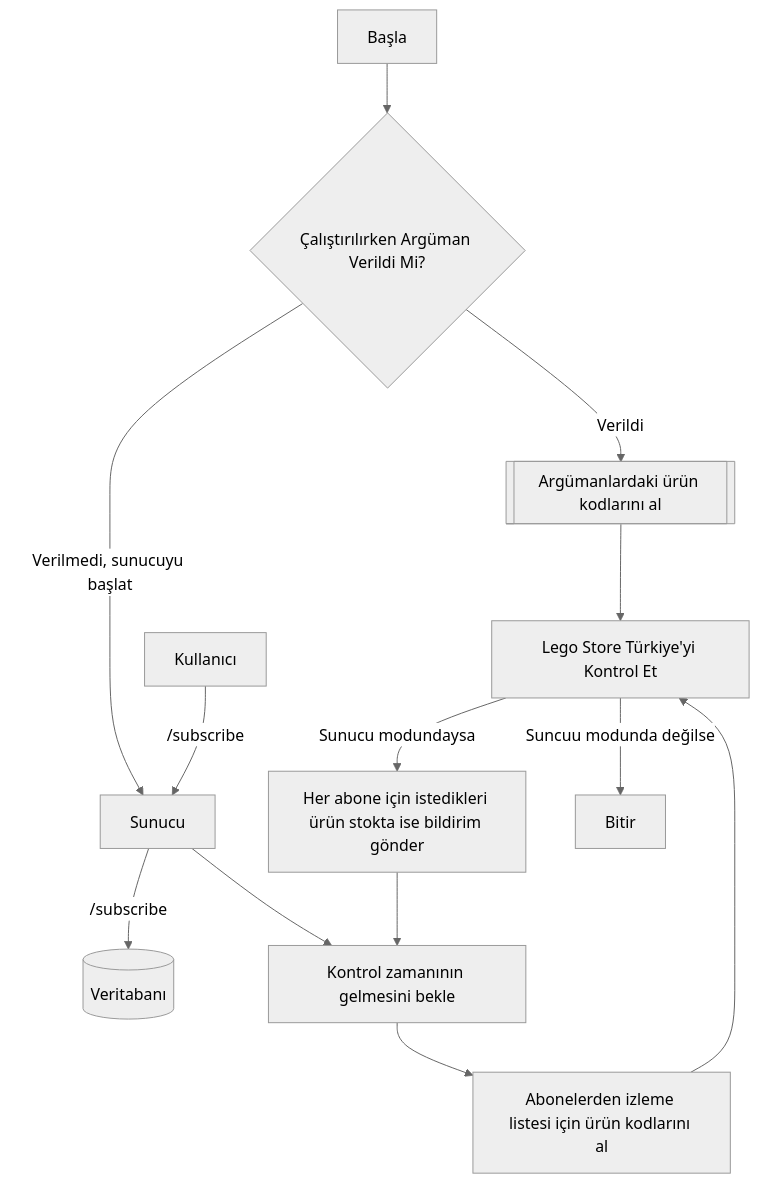
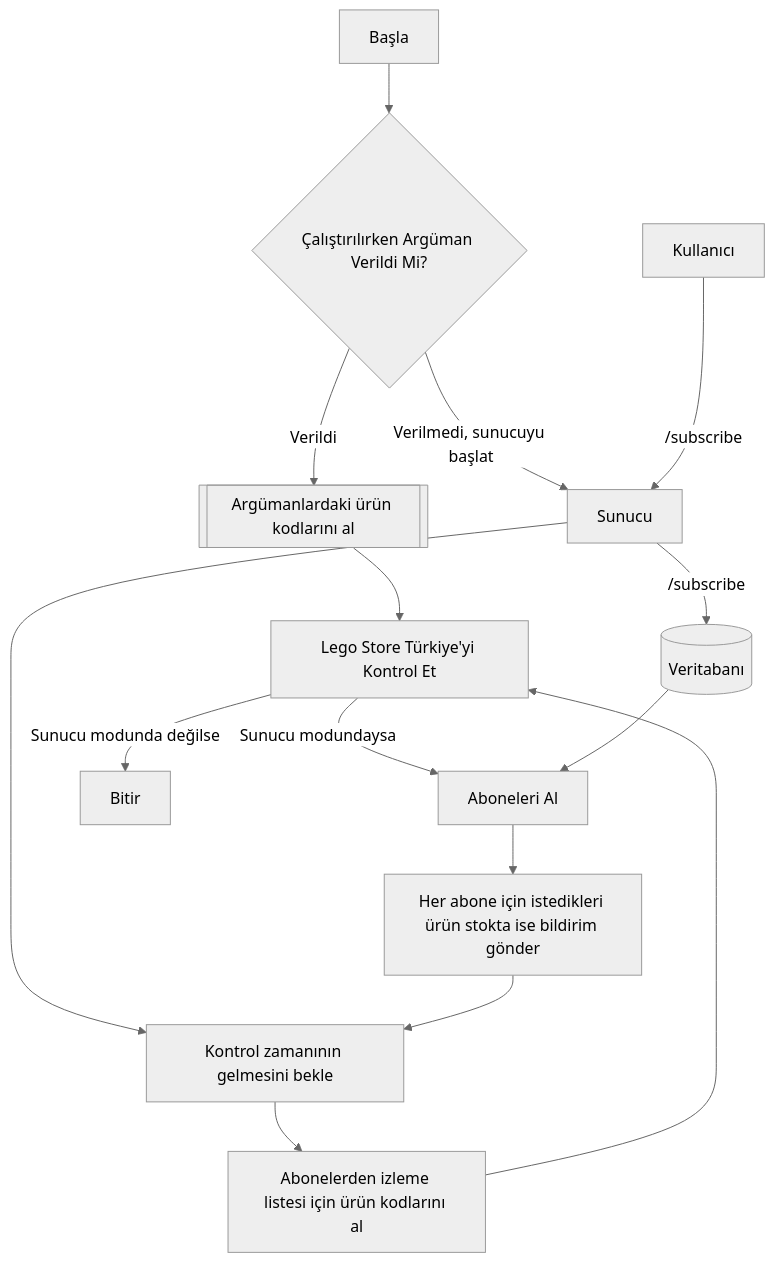
Before and after one commit to yussufbiyik/lego-store-stock-checker: the first of 2 diagrams in readme.md, drawn with Mermaid (neutral theme).

````diff
--- a/readme.md
+++ b/readme.md
@@ -11,15 +11,17 @@
 ```mermaid
 graph TD;
     A[Başla] --> B{Çalıştırılırken Argüman Verildi Mi?}
     B --> |Verildi| C[[Argümanlardaki ürün kodlarını al]]
     C --> D[Lego Store Türkiye'yi Kontrol Et]
     B --> |Verilmedi, sunucuyu başlat| E[Sunucu]
     F[Kullanıcı] --> |/subscribe| E
     E --> |/subscribe| I[(Veritabanı)]
     E --> G[Kontrol zamanının gelmesini bekle]
     G --> H[Abonelerden izleme listesi için ürün kodlarını al]
     H --> D
-    D --> |Sunucu modundaysa| J[Her abone için istedikleri ürün stokta ise bildirim gönder]
-    J --> G
-    D --> |Suncuu modunda değilse| K[Bitir]
+    D --> |Sunucu modundaysa| J[Aboneleri Al]
+    I --> J
+    J --> K[Her abone için istedikleri ürün stokta ise bildirim gönder]
+    K --> G
+    D --> |Sunucu modunda değilse| L[Bitir]
 ```
````
